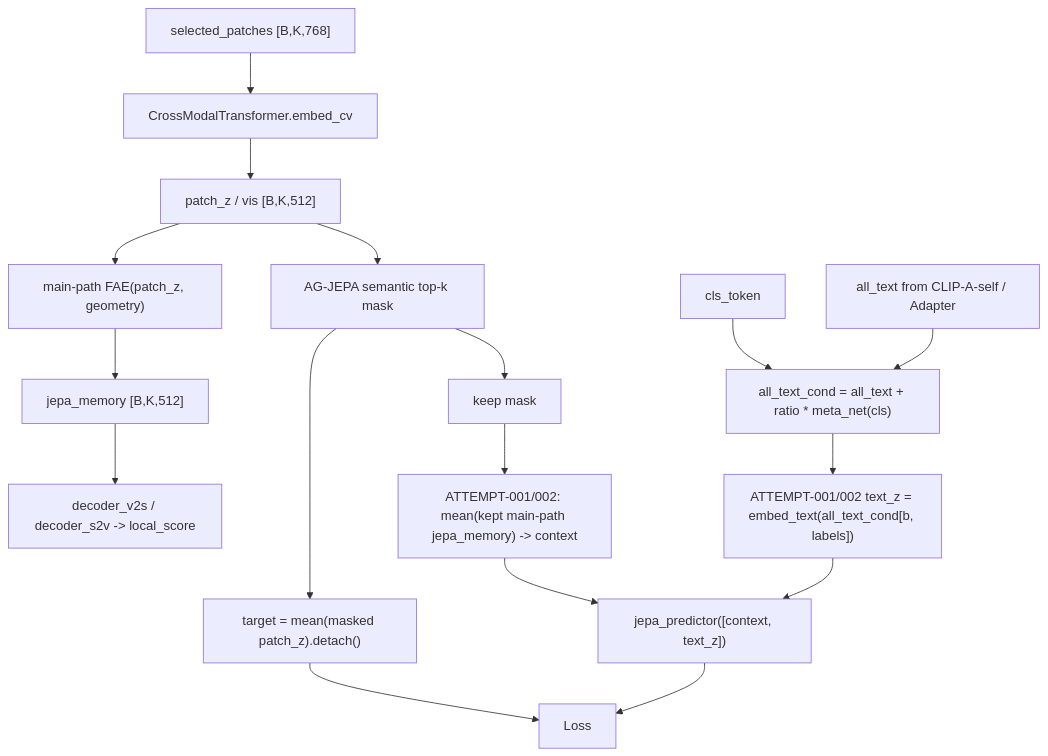
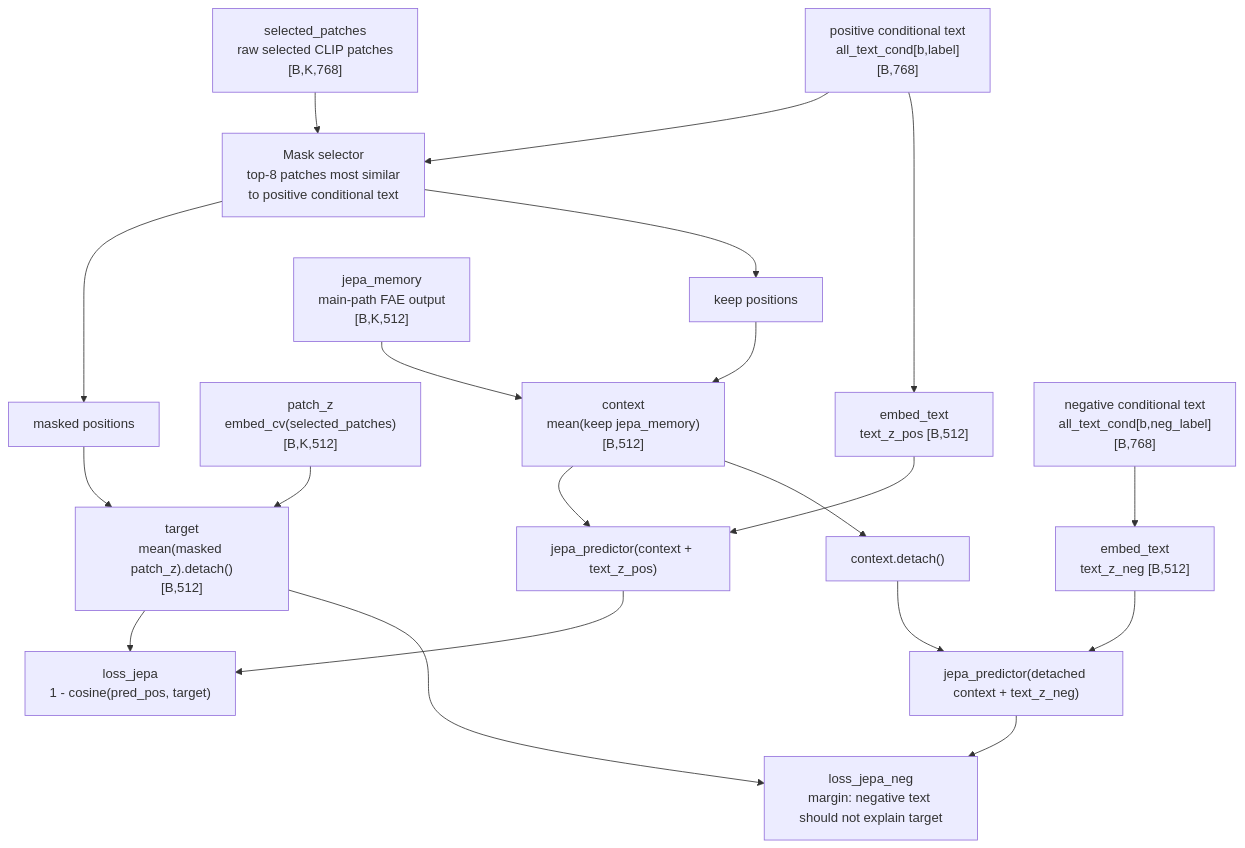
The second of 3 diagrams in experiments/module_trials/IDEA-0002_fae_memory_jepa/TRIAL-002_strict_conditional_jepa/framework_diagram.md (GetlotMoney/GTPJ), drawn with Mermaid before and after one commit. The commit also changed other lines of this file and 4 other files, not shown here.

````diff
--- a/experiments/module_trials/IDEA-0002_fae_memory_jepa/TRIAL-002_strict_conditional_jepa/framework_diagram.md
+++ b/experiments/module_trials/IDEA-0002_fae_memory_jepa/TRIAL-002_strict_conditional_jepa/framework_diagram.md
@@ -13,22 +58,27 @@
 ```mermaid
 flowchart TD
-  Patches["selected_patches [B,K,768]"] --> EmbedCV["CrossModalTransformer.embed_cv"]
-  EmbedCV --> PatchZ["patch_z / vis [B,K,512]"]
-  PatchZ --> MainFAE["main-path FAE(patch_z, geometry)"]
-  MainFAE --> JepaMemory["jepa_memory [B,K,512]"]
-  JepaMemory --> LocalScore["decoder_v2s / decoder_s2v -> local_score"]
+  SP["selected_patches<br/>raw selected CLIP patches<br/>[B,K,768]"] --> Mask["Mask selector<br/>top-8 patches most similar<br/>to positive conditional text"]
+  PosText["positive conditional text<br/>all_text_cond[b,label]<br/>[B,768]"] --> Mask
 
-  PatchZ --> Mask["AG-JEPA semantic top-k mask"]
-  Mask --> Target["target = mean(masked patch_z).detach()"]
-  Mask --> Keep["keep mask"]
-  Keep --> A2["ATTEMPT-001/002: mean(kept main-path jepa_memory) -> context"]
+  Mask --> Masked["masked positions"]
+  Mask --> Keep["keep positions"]
 
-  CLS["cls_token"] --> CondText["all_text_cond = all_text + ratio * meta_net(cls)"]
-  AllText["all_text from CLIP-A-self / Adapter"] --> CondText
-  CondText --> TextA2["ATTEMPT-001/002 text_z = embed_text(all_text_cond[b, labels])"]
+  PZ["patch_z<br/>embed_cv(selected_patches)<br/>[B,K,512]"] --> Target["target<br/>mean(masked patch_z).detach()<br/>[B,512]"]
+  Masked --> Target
 
-  A2 --> Pred2["jepa_predictor([context, text_z])"]
-  TextA2 --> Pred2
-  Pred2 --> Loss
-  Target --> Loss
+  JM["jepa_memory<br/>main-path FAE output<br/>[B,K,512]"] --> Context["context<br/>mean(keep jepa_memory)<br/>[B,512]"]
+  Keep --> Context
+
+  PosText --> PosZ["embed_text<br/>text_z_pos [B,512]"]
+  Context --> PredPos["jepa_predictor(context + text_z_pos)"]
+  PosZ --> PredPos
+  PredPos --> LPos["loss_jepa<br/>1 - cosine(pred_pos, target)"]
+  Target --> LPos
+
+  NegText["negative conditional text<br/>all_text_cond[b,neg_label]<br/>[B,768]"] --> NegZ["embed_text<br/>text_z_neg [B,512]"]
+  Context --> Detach["context.detach()"]
+  Detach --> PredNeg["jepa_predictor(detached context + text_z_neg)"]
+  NegZ --> PredNeg
+  PredNeg --> LNeg["loss_jepa_neg<br/>margin: negative text should not explain target"]
+  Target --> LNeg
 ```
````
